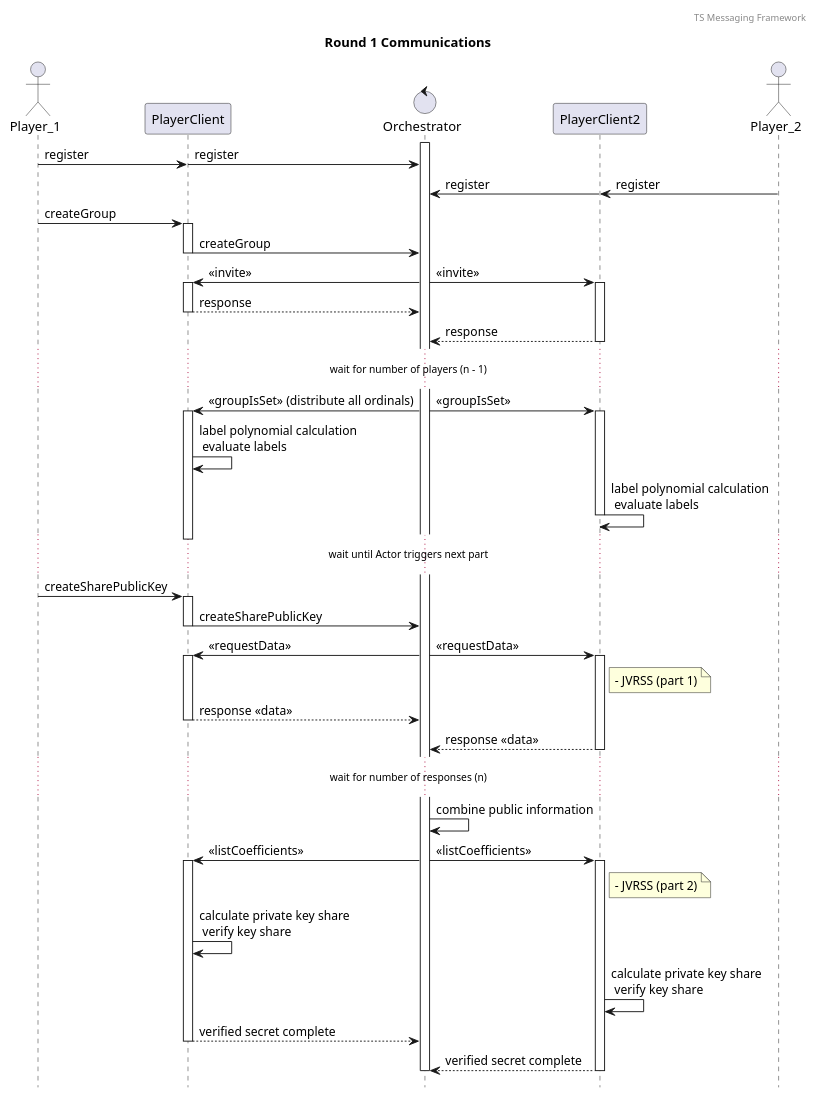
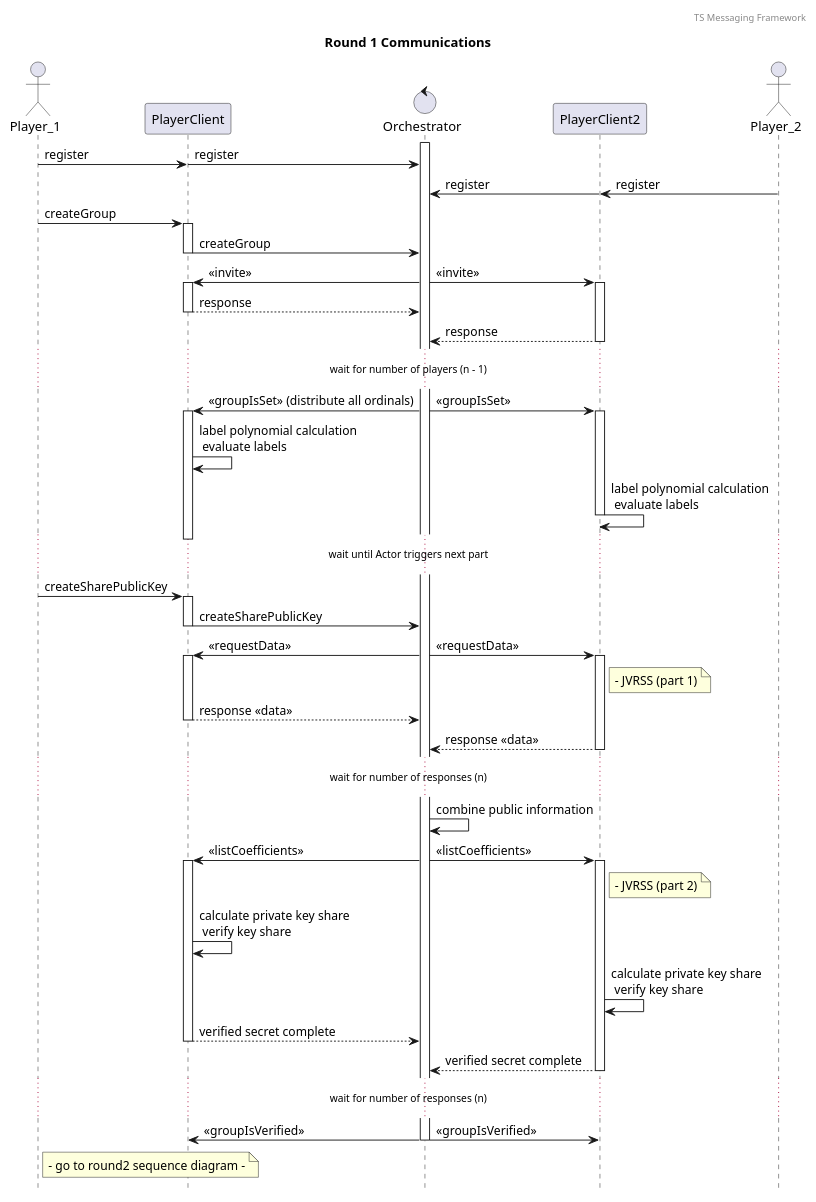
Before and after one commit to nakasendo/nakasendo: the diagram in misc/TSMessagingFramework/round1_sequence_diagram.wsd, drawn with PlantUML. The commit also changed 5 other files, not shown here.

```diff
--- a/misc/TSMessagingFramework/round1_sequence_diagram.wsd
+++ b/misc/TSMessagingFramework/round1_sequence_diagram.wsd
@@ -1,95 +1,107 @@
 @startuml
 !pragma teoz true
 
 header TS Messaging Framework
 title Round 1 Communications
 hide footbox
 actor Player_1
 participant PlayerClient
 control Orchestrator
 participant PlayerClient2
 actor Player_2
 
 activate Orchestrator
 Player_1->PlayerClient : register
 & PlayerClient->Orchestrator : register
 Player_2->PlayerClient2 : register
 & PlayerClient2->Orchestrator : register
 
 
 Player_1 -> PlayerClient : createGroup
 activate PlayerClient
 PlayerClient -> Orchestrator : createGroup 
 deactivate PlayerClient
 
 
 Orchestrator -> PlayerClient : << invite >>
 & Orchestrator -> PlayerClient2 : << invite >>
 activate PlayerClient
 activate PlayerClient2
 
 PlayerClient --> Orchestrator : response
 deactivate PlayerClient
 PlayerClient2 --> Orchestrator : response
 deactivate PlayerClient2
 
 ... wait for number of players (n - 1) ...
 
 Orchestrator -> PlayerClient : << groupIsSet >> (distribute all ordinals)
 & Orchestrator -> PlayerClient2 :  << groupIsSet >>
 activate PlayerClient
 activate PlayerClient2
 PlayerClient -> PlayerClient : label polynomial calculation \n evaluate labels
 PlayerClient2 -> PlayerClient2 : label polynomial calculation \n evaluate labels
 deactivate PlayerClient
 deactivate PlayerClient2
 
 ... wait until Actor triggers next part ...
 
 Player_1 -> PlayerClient : createSharePublicKey
 
 
 activate PlayerClient
 
 PlayerClient -> Orchestrator : createSharePublicKey
 deactivate PlayerClient
 
 Orchestrator -> PlayerClient : << requestData >>
 & Orchestrator -> PlayerClient2 : << requestData >>
 activate PlayerClient
 activate PlayerClient2
 
 
 note right PlayerClient2
     - JVRSS (part 1)
 end note
 
 
 PlayerClient --> Orchestrator : response <<data>>
 deactivate PlayerClient
 PlayerClient2 --> Orchestrator : response <<data>>
 deactivate PlayerClient2
 
 ... wait for number of responses (n) ...
 
 Orchestrator -> Orchestrator : combine public information
 Orchestrator -> PlayerClient : << listCoefficients >>
 & Orchestrator -> PlayerClient2 : << listCoefficients >>
 activate PlayerClient
 activate PlayerClient2
 
 note right PlayerClient2
     - JVRSS (part 2)
 end note
 
 PlayerClient -> PlayerClient : calculate private key share \n verify key share
 PlayerClient2 -> PlayerClient2 : calculate private key share \n verify key share
 
 PlayerClient --> Orchestrator : verified secret complete
 deactivate PlayerClient
 PlayerClient2 --> Orchestrator : verified secret complete
 deactivate PlayerClient2
 
 
+... wait for number of responses (n) ...
+
+Orchestrator -> PlayerClient : << groupIsVerified >>
+& Orchestrator -> PlayerClient2 : << groupIsVerified >>
+
+
+note right Player_1
+    - go to round2 sequence diagram -
+end note
+
 deactivate Orchestrator
+
+
 @enduml
```
